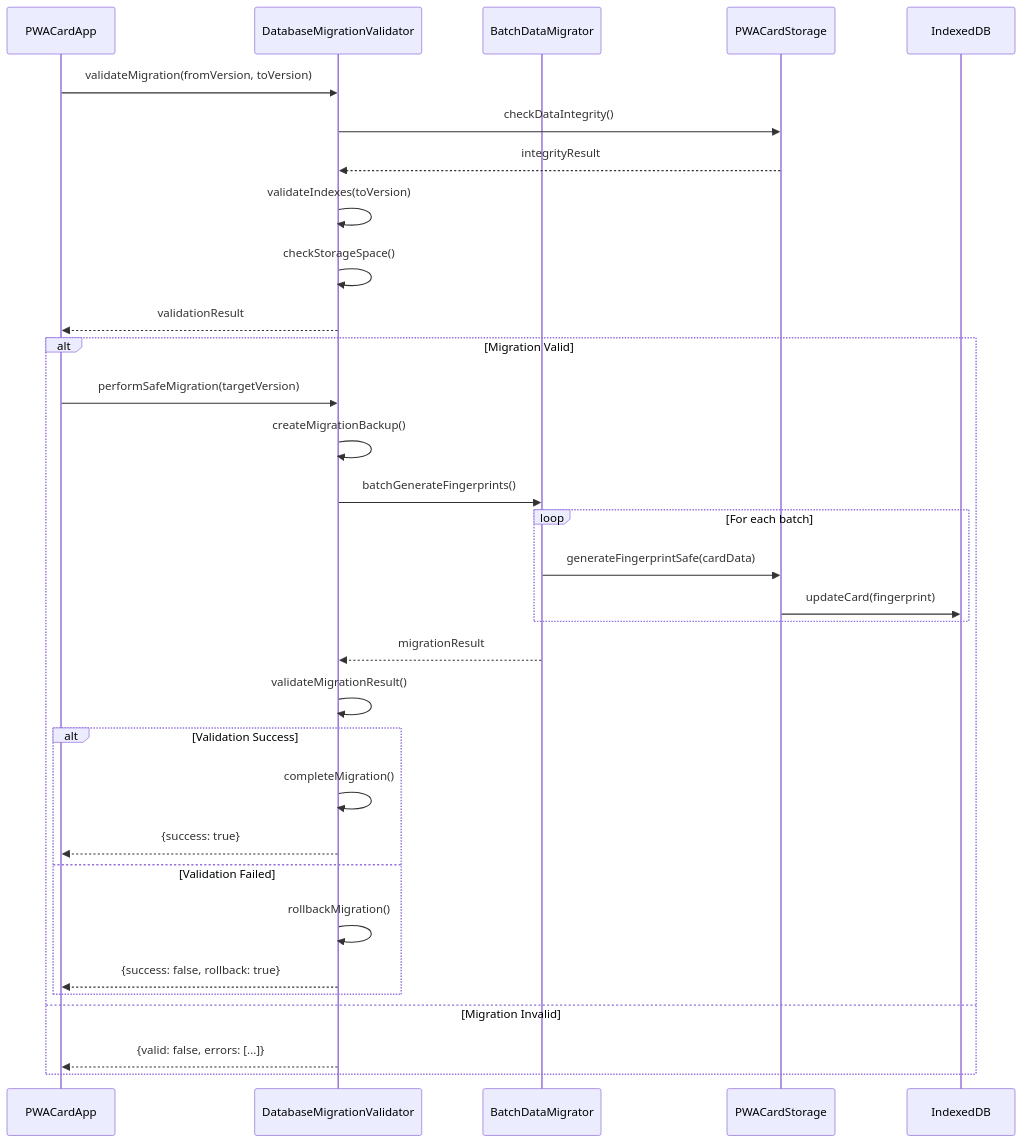
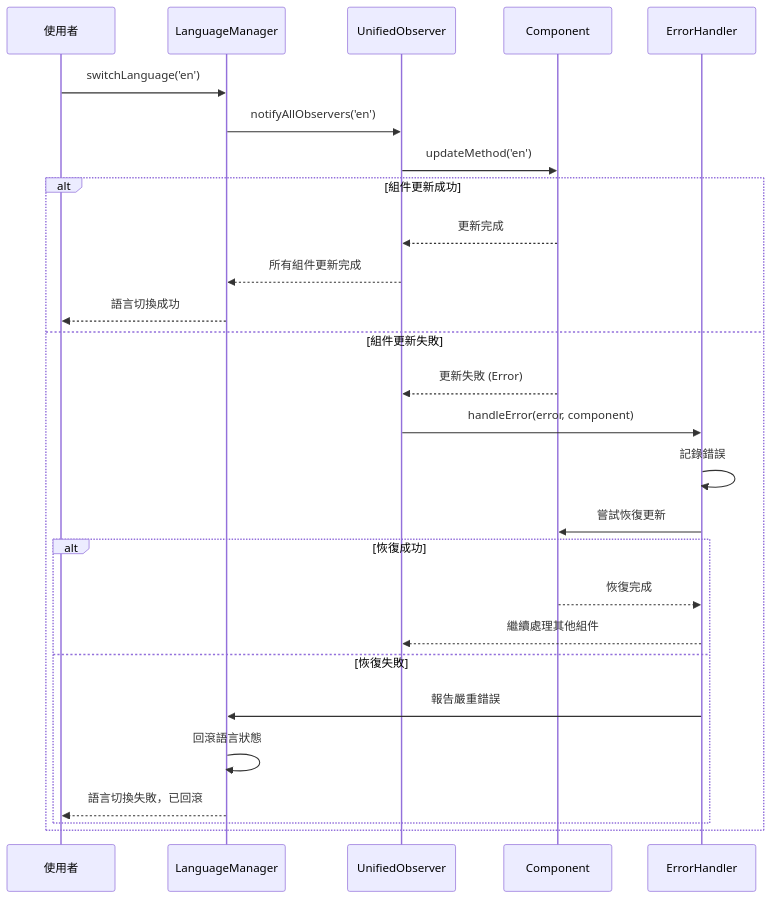
Before and after one commit to iim0663418/DB-Card: the fourth of 4 diagrams in docs/design.md, drawn with Mermaid. The commit also changed other lines of this file and 18 other files, not shown here.

````diff
--- a/docs/design.md
+++ b/docs/design.md
@@ -618,39 +1037,32 @@
 ```mermaid
 sequenceDiagram
-    participant App as PWACardApp
-    participant DMV as DatabaseMigrationValidator
-    participant BDM as BatchDataMigrator
-    participant Storage as PWACardStorage
-    participant DB as IndexedDB
+    participant User as 使用者
+    participant LM as LanguageManager
+    participant ULO as UnifiedObserver
+    participant Comp as Component
+    participant EH as ErrorHandler
 
-    App->>DMV: validateMigration(fromVersion, toVersion)
-    DMV->>Storage: checkDataIntegrity()
-    Storage-->>DMV: integrityResult
-    DMV->>DMV: validateIndexes(toVersion)
-    DMV->>DMV: checkStorageSpace()
-    DMV-->>App: validationResult
-
-    alt Migration Valid
-        App->>DMV: performSafeMigration(targetVersion)
-        DMV->>DMV: createMigrationBackup()
-        DMV->>BDM: batchGenerateFingerprints()
+    User->>LM: switchLanguage('en')
+    LM->>ULO: notifyAllObservers('en')
+    ULO->>Comp: updateMethod('en')
+    
+    alt 組件更新成功
+        Comp-->>ULO: 更新完成
+        ULO-->>LM: 所有組件更新完成
+        LM-->>User: 語言切換成功
+    else 組件更新失敗
+        Comp-->>ULO: 更新失敗 (Error)
+        ULO->>EH: handleError(error, component)
+        EH->>EH: 記錄錯誤
+        EH->>Comp: 嘗試恢復更新
         
-        loop For each batch
-            BDM->>Storage: generateFingerprintSafe(cardData)
-            Storage->>DB: updateCard(fingerprint)
+        alt 恢復成功
+            Comp-->>EH: 恢復完成
+            EH-->>ULO: 繼續處理其他組件
+        else 恢復失敗
+            EH->>LM: 報告嚴重錯誤
+            LM->>LM: 回滾語言狀態
+            LM-->>User: 語言切換失敗，已回滾
         end
-        
-        BDM-->>DMV: migrationResult
-        DMV->>DMV: validateMigrationResult()
-        
-        alt Validation Success
-            DMV->>DMV: completeMigration()
-            DMV-->>App: {success: true}
-        else Validation Failed
-            DMV->>DMV: rollbackMigration()
-            DMV-->>App: {success: false, rollback: true}
-        end
-    else Migration Invalid
-        DMV-->>App: {valid: false, errors: [...]}
     end
 ```
````
